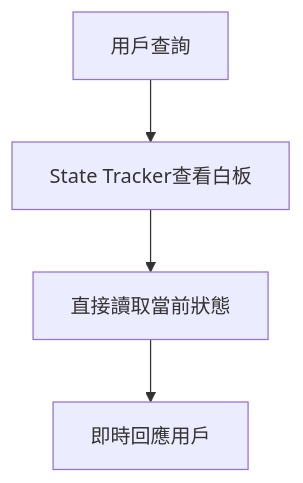
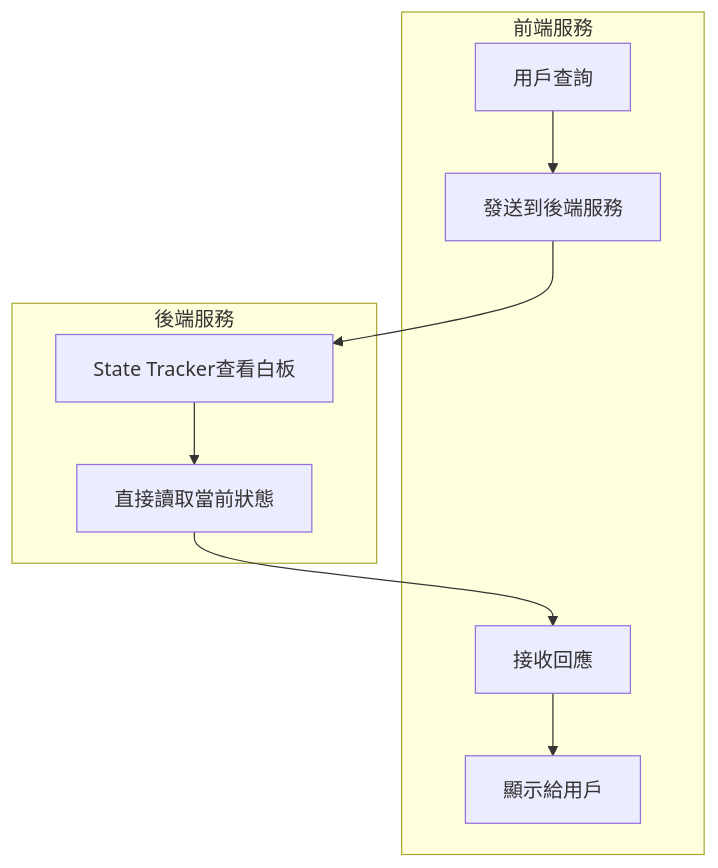
The second of 2 diagrams in .kiro/specs/memory-system/discussion-record.md (yitzuliu/DissertationDemo), drawn with Mermaid before and after one commit. The commit also changed other lines of this file and 4 other files, not shown here.

First line of the commit message:
feat: Add architecture overview and update implementation readiness documents

````diff
--- a/.kiro/specs/memory-system/discussion-record.md
+++ b/.kiro/specs/memory-system/discussion-record.md
@@ -41,6 +46,12 @@
 ```mermaid
 graph TB
-    A[用戶查詢] --> B[State Tracker查看白板]
-    B --> C[直接讀取當前狀態]
-    C --> D[即時回應用戶]
+    subgraph "前端服務"
+        A[用戶查詢] --> B[發送到後端服務]
+        E[接收回應] --> F[顯示給用戶]
+    end
+    subgraph "後端服務"
+        B --> C[State Tracker查看白板]
+        C --> D[直接讀取當前狀態]
+        D --> E
+    end
 ```
````
